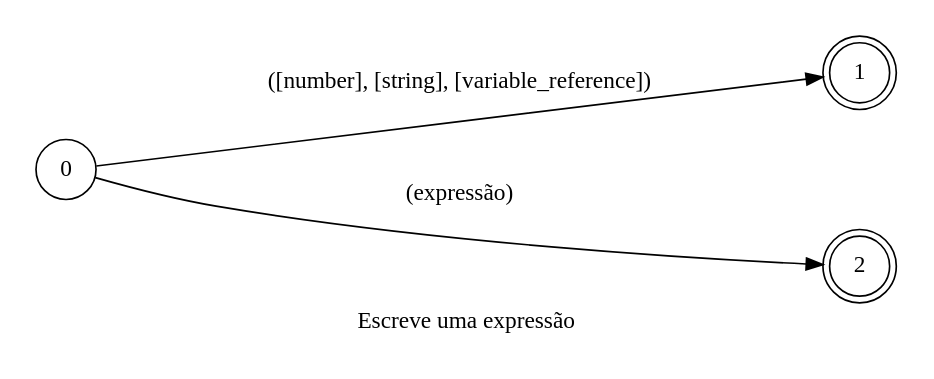
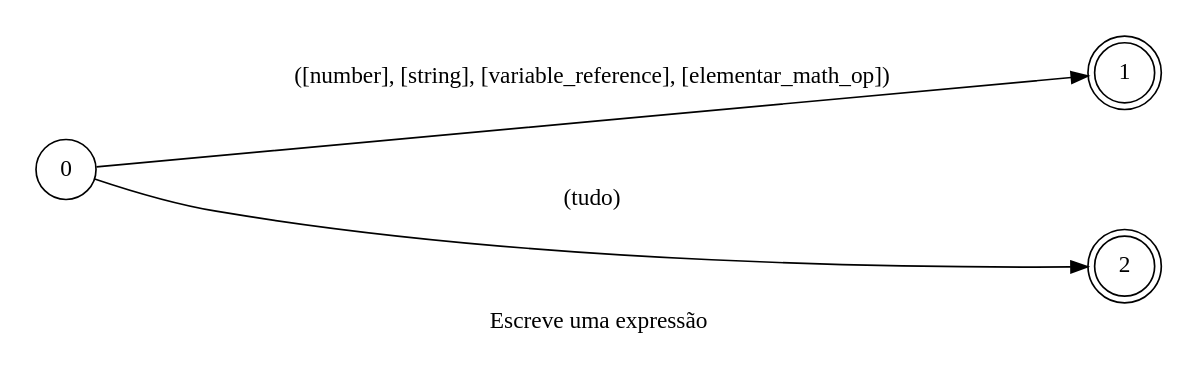
Before and after one commit to pedrooaugusto/speech-to-code: the diagram in spoken/src/modules/typescript/expressions/phrase_pt-BR.dot, drawn with Graphviz. The commit also changed 40 other files, not shown here.

```diff
--- a/spoken/src/modules/typescript/expressions/phrase_pt-BR.dot
+++ b/spoken/src/modules/typescript/expressions/phrase_pt-BR.dot
@@ -1,19 +1,19 @@
 digraph expressions {
     id="expressions";
     label="Escreve uma expressão";
     lang="pt-BR";
     langName="Português";
     pad="0.2";
     nodesep="1";
     ranksep="2";
     rankdir=LR;
     alias="true";
     node[shape=doublecircle]; 1 2;
     node[shape=circle];
 
-    0 -> 1 [label="([number], [string], [variable_reference])", store=expression];
-    0 -> 2 [label="(expressão)", store=wildCard, normalizer="identity"];
+    0 -> 1 [label="([number], [string], [variable_reference], [elementar_math_op])", store=expression];
+    0 -> 2 [label="(tudo)", store=wildCard, normalizer="identity"];
 
     title="Escreve uma expressão";
     desc="Escreve uma expressão no editor de texto, esse automata foi projetado para ser usado em outros automatas";
 }
```
